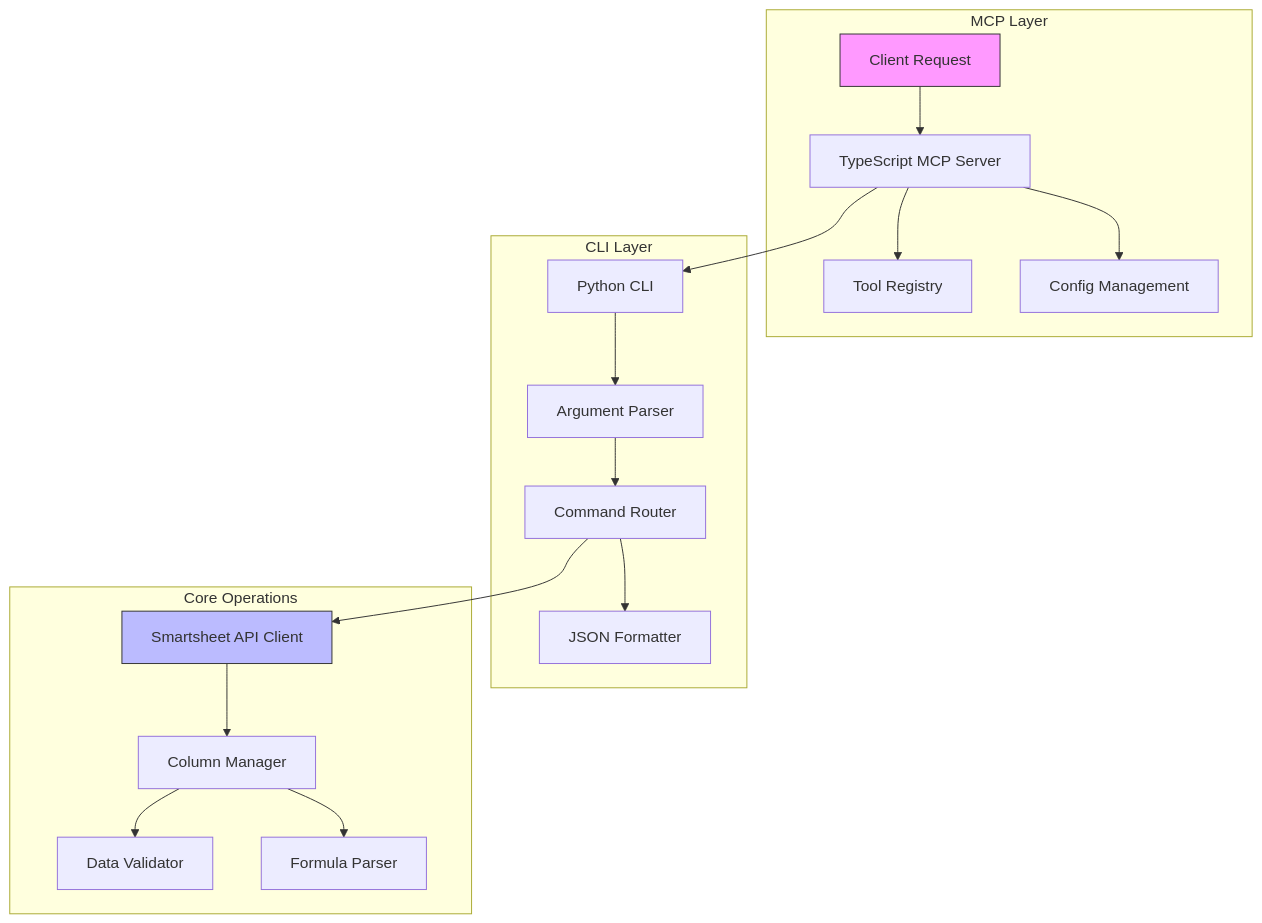
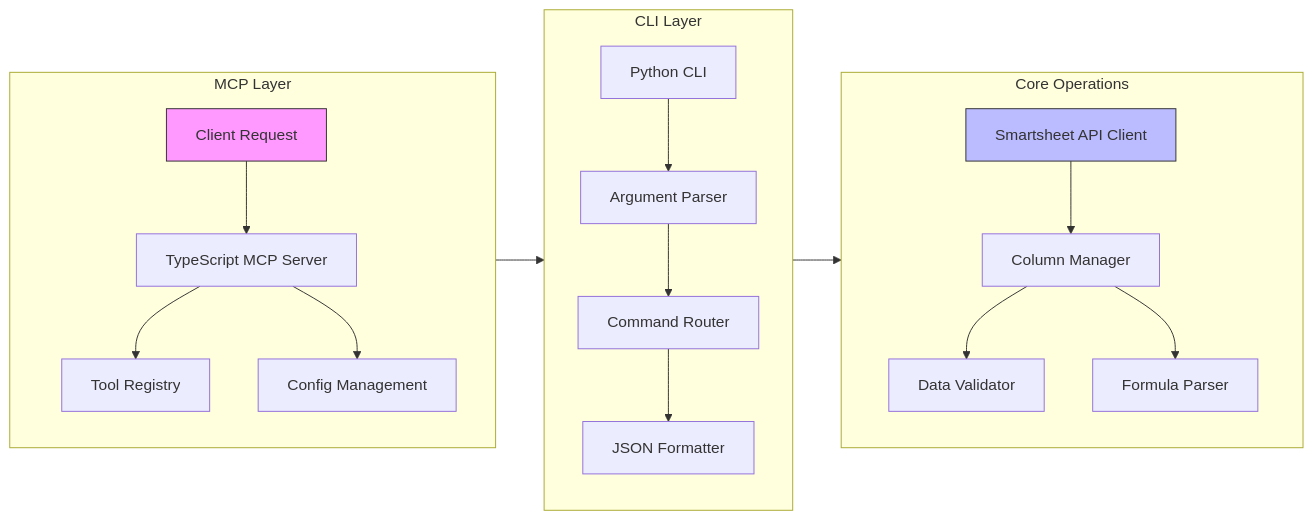
Before and after one commit to terilios/smartsheet-server: the first of 3 diagrams in README.md, drawn with Mermaid.

Commit message:
docs: improve architecture diagram readability with left-to-right flow

````diff
--- a/README.md
+++ b/README.md
@@ -76,26 +76,28 @@
 ```mermaid
-graph TB
-    subgraph "MCP Layer"
+graph LR
+    subgraph MCP[MCP Layer]
+        direction TB
         A[Client Request] --> B[TypeScript MCP Server]
         B --> C[Tool Registry]
         B --> D[Config Management]
     end
 
-    subgraph "CLI Layer"
+    subgraph CLI[CLI Layer]
+        direction TB
         E[Python CLI] --> F[Argument Parser]
         F --> G[Command Router]
         G --> H[JSON Formatter]
     end
 
-    subgraph "Core Operations"
+    subgraph Core[Core Operations]
+        direction TB
         I[Smartsheet API Client] --> J[Column Manager]
         J --> K[Data Validator]
         J --> L[Formula Parser]
     end
 
-    B --> E
-    G --> I
+    MCP --> CLI --> Core
 
     style A fill:#f9f,stroke:#333
     style I fill:#bbf,stroke:#333
 ```
````
